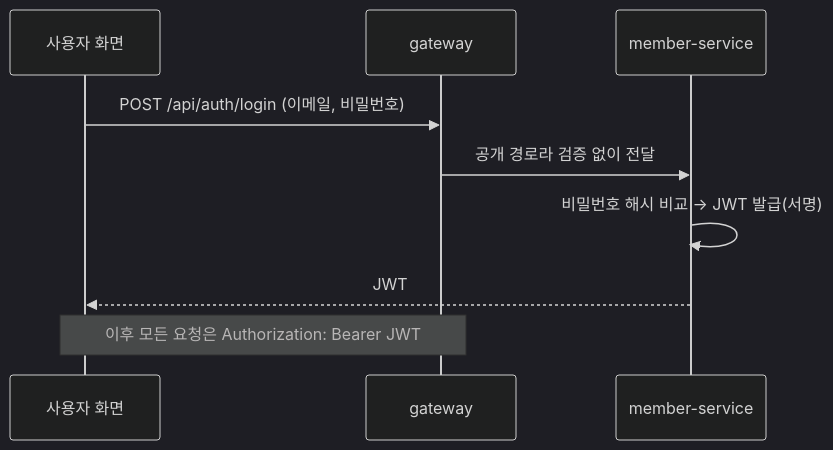
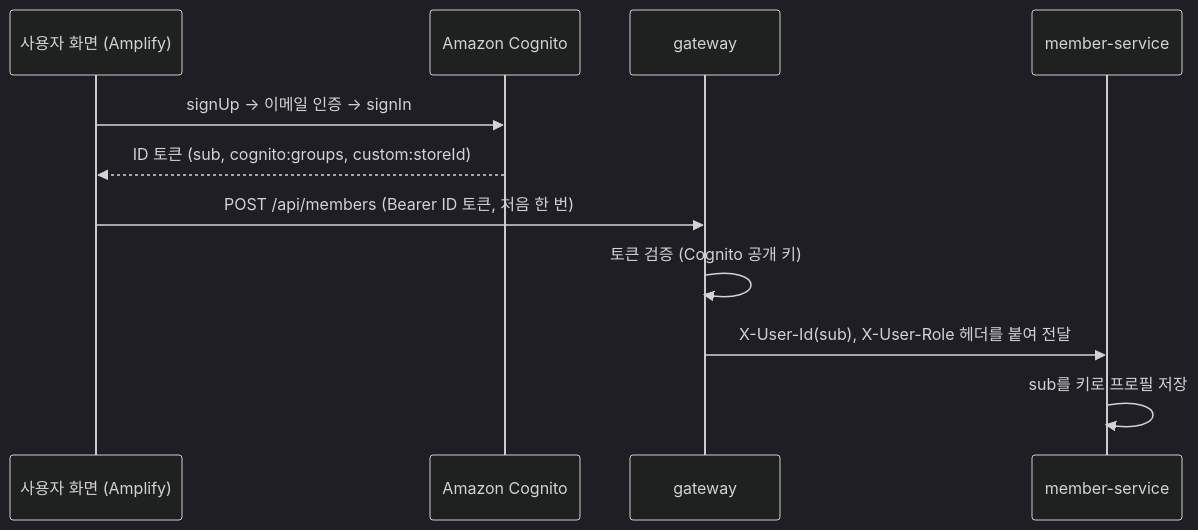
The diagram in README.md (sesac-freshlink/member-service), drawn with Mermaid (dark theme) before and after one commit. The commit also changed other lines of this file, not shown here.

Commit message:
docs: 로그인을 Amazon Cognito로 전환 (JWKS RS256 검증)

````diff
--- a/README.md
+++ b/README.md
@@ -22,11 +22,13 @@
 ```mermaid
 sequenceDiagram
-    participant U as 사용자 화면
+    participant U as 사용자 화면 (Amplify)
+    participant COG as Amazon Cognito
     participant GW as gateway
     participant MEM as member-service
-    U->>GW: POST /api/auth/login (이메일, 비밀번호)
-    GW->>MEM: 공개 경로라 검증 없이 전달
-    MEM->>MEM: 비밀번호 해시 비교 → JWT 발급(서명)
-    MEM-->>U: JWT
-    Note over U,GW: 이후 모든 요청은 Authorization: Bearer JWT
+    U->>COG: signUp → 이메일 인증 → signIn
+    COG-->>U: ID 토큰 (sub, cognito:groups, custom:storeId)
+    U->>GW: POST /api/members (Bearer ID 토큰, 처음 한 번)
+    GW->>GW: 토큰 검증 (Cognito 공개 키)
+    GW->>MEM: X-User-Id(sub), X-User-Role 헤더를 붙여 전달
+    MEM->>MEM: sub를 키로 프로필 저장
 ```
````
